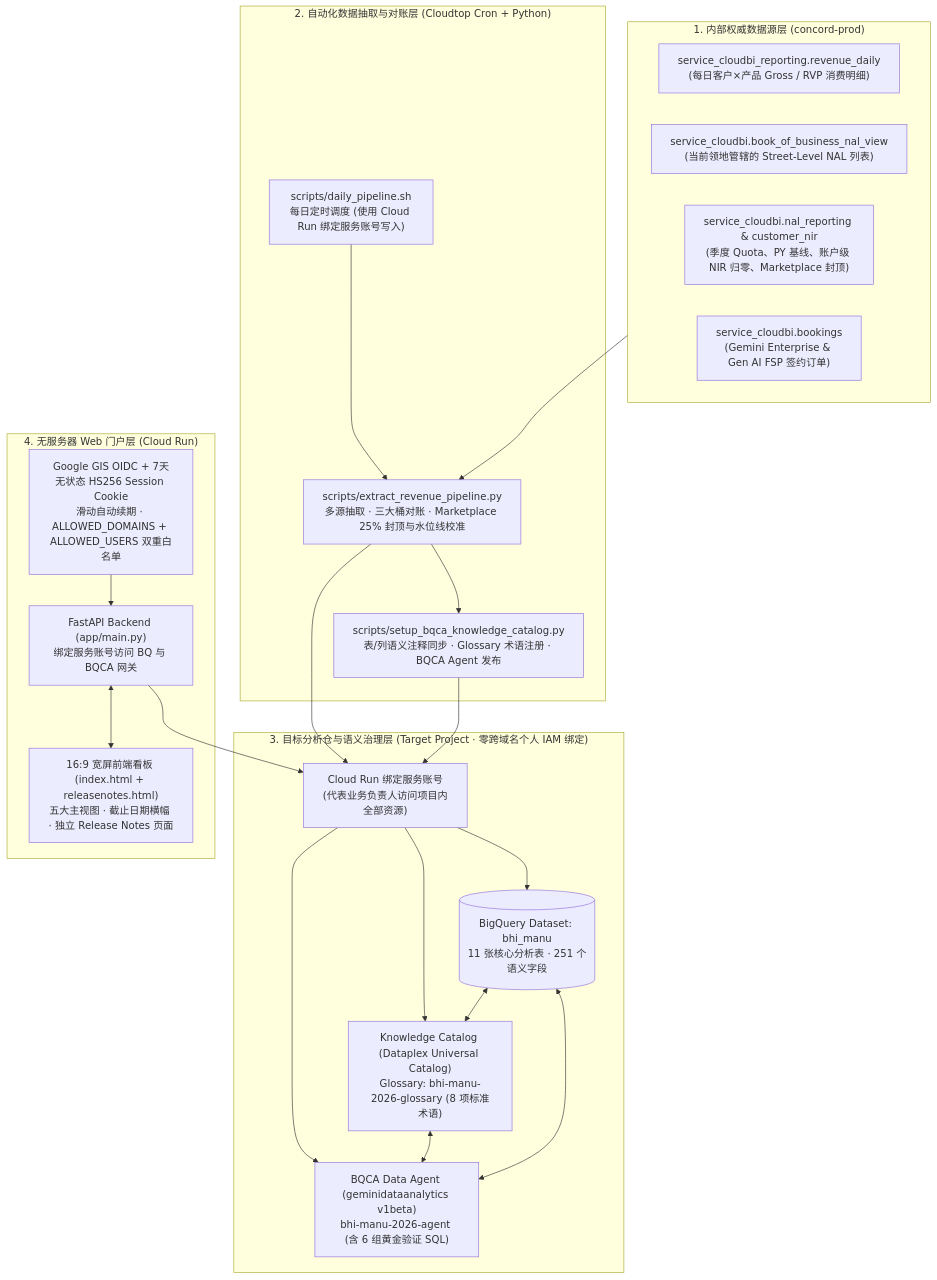
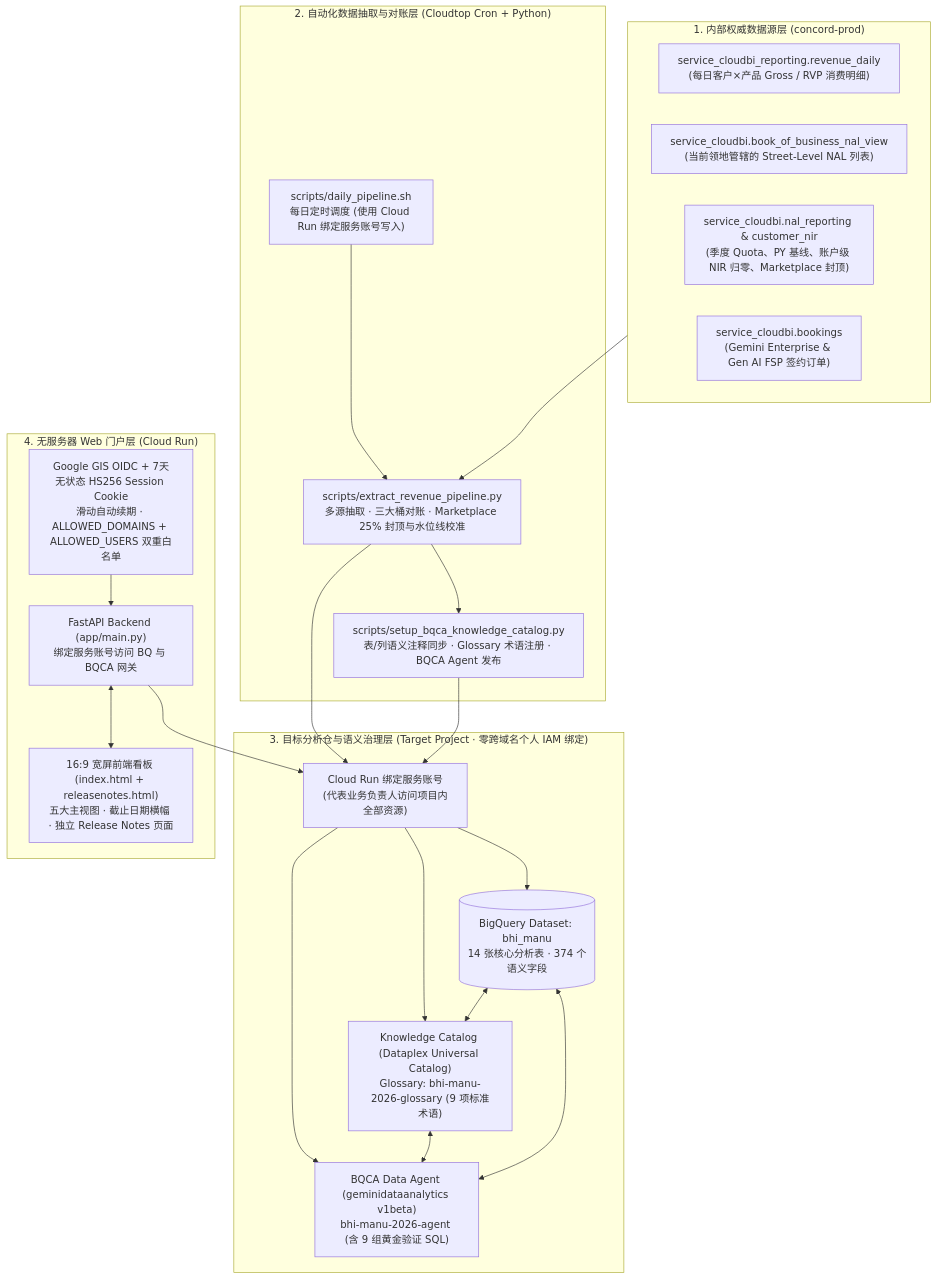
One commit to cliucn/manu-bhi changed the first of 3 diagrams in SDD_cn.md. Above: the diagram before and after it, drawn with Mermaid. The commit also changed other lines of this file and 6 other files, not shown here.

Commit message:
feat(v1.12.0): add GCP project-level MRR & DRR curve tables, workbench, and inline AI chart rendering

````diff
--- a/SDD_cn.md
+++ b/SDD_cn.md
@@ -37,41 +38,41 @@
 ```mermaid
 flowchart TB
     subgraph Source["1. 内部权威数据源层 (concord-prod)"]
         S1["service_cloudbi_reporting.revenue_daily<br/>(每日客户×产品 Gross / RVP 消费明细)"]
         S2["service_cloudbi.book_of_business_nal_view<br/>(当前领地管辖的 Street-Level NAL 列表)"]
         S3["service_cloudbi.nal_reporting & customer_nir<br/>(季度 Quota、PY 基线、账户级 NIR 归零、Marketplace 封顶)"]
         S4["service_cloudbi.bookings<br/>(Gemini Enterprise & Gen AI FSP 签约订单)"]
     end
 
     subgraph ETL["2. 自动化数据抽取与对账层 (Cloudtop Cron + Python)"]
         P1["scripts/extract_revenue_pipeline.py<br/>多源抽取 · 三大桶对账 · Marketplace 25% 封顶与水位线校准"]
         P2["scripts/setup_bqca_knowledge_catalog.py<br/>表/列语义注释同步 · Glossary 术语注册 · BQCA Agent 发布"]
         P3["scripts/daily_pipeline.sh<br/>每日定时调度 (使用 Cloud Run 绑定服务账号写入)"]
         P3 --> P1 --> P2
     end
 
     subgraph DW["3. 目标分析仓与语义治理层 (Target Project · 零跨域名个人 IAM 绑定)"]
         SA["Cloud Run 绑定服务账号<br/>(代表业务负责人访问项目内全部资源)"]
-        BQ[("BigQuery Dataset: bhi_manu<br/>11 张核心分析表 · 251 个语义字段")]
-        KC["Knowledge Catalog (Dataplex Universal Catalog)<br/>Glossary: bhi-manu-2026-glossary (8 项标准术语)"]
-        CA["BQCA Data Agent (geminidataanalytics v1beta)<br/>bhi-manu-2026-agent (含 6 组黄金验证 SQL)"]
+        BQ[("BigQuery Dataset: bhi_manu<br/>14 张核心分析表 · 374 个语义字段")]
+        KC["Knowledge Catalog (Dataplex Universal Catalog)<br/>Glossary: bhi-manu-2026-glossary (9 项标准术语)"]
+        CA["BQCA Data Agent (geminidataanalytics v1beta)<br/>bhi-manu-2026-agent (含 9 组黄金验证 SQL)"]
         SA --> BQ
         SA --> KC
         SA --> CA
         BQ <--> KC
         KC <--> CA
         BQ <--> CA
     end
 
     subgraph Web["4. 无服务器 Web 门户层 (Cloud Run)"]
         AUTH["Google GIS OIDC + 7天无状态 HS256 Session Cookie<br/>滑动自动续期 · ALLOWED_DOMAINS + ALLOWED_USERS 双重白名单"]
         API["FastAPI Backend (app/main.py)<br/>绑定服务账号访问 BQ 与 BQCA 网关"]
         UI["16:9 宽屏前端看板 (index.html + releasenotes.html)<br/>五大主视图 · 截止日期横幅 · 独立 Release Notes 页面"]
         AUTH --> API <--> UI
     end
 
     Source --> P1
     P1 --> SA
     P2 --> SA
     API --> SA
 ```
````
